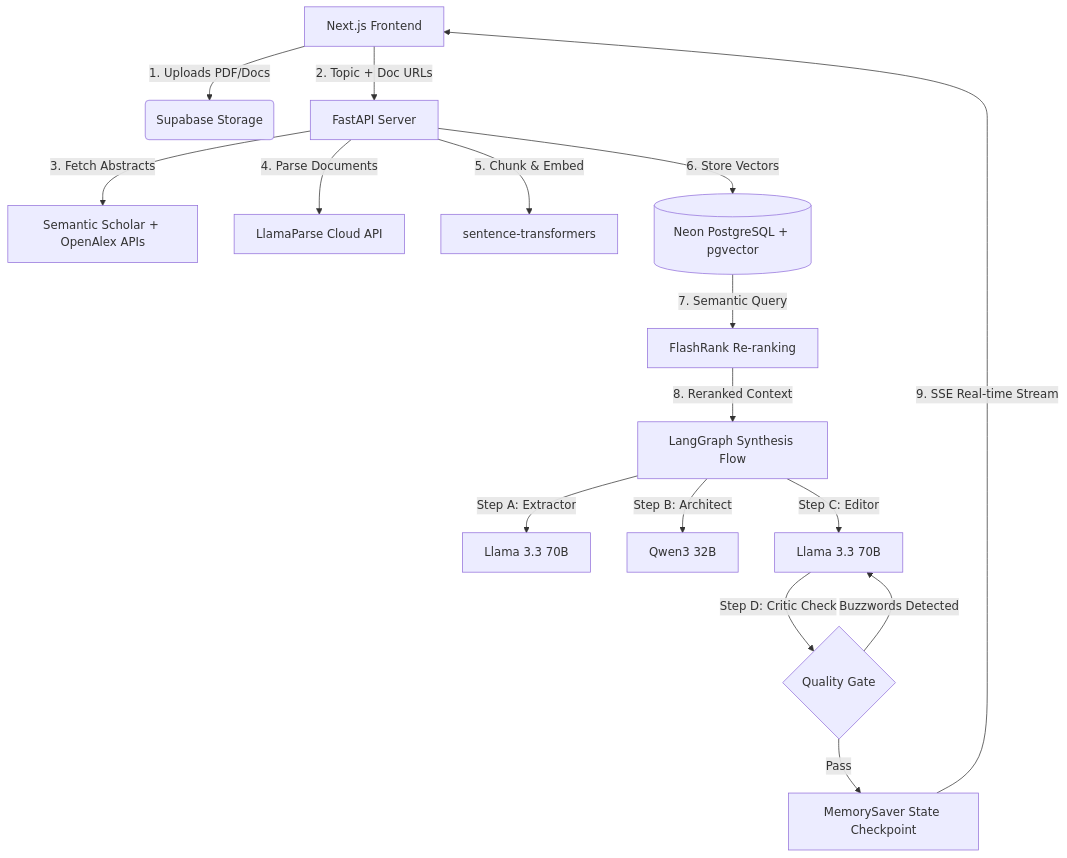
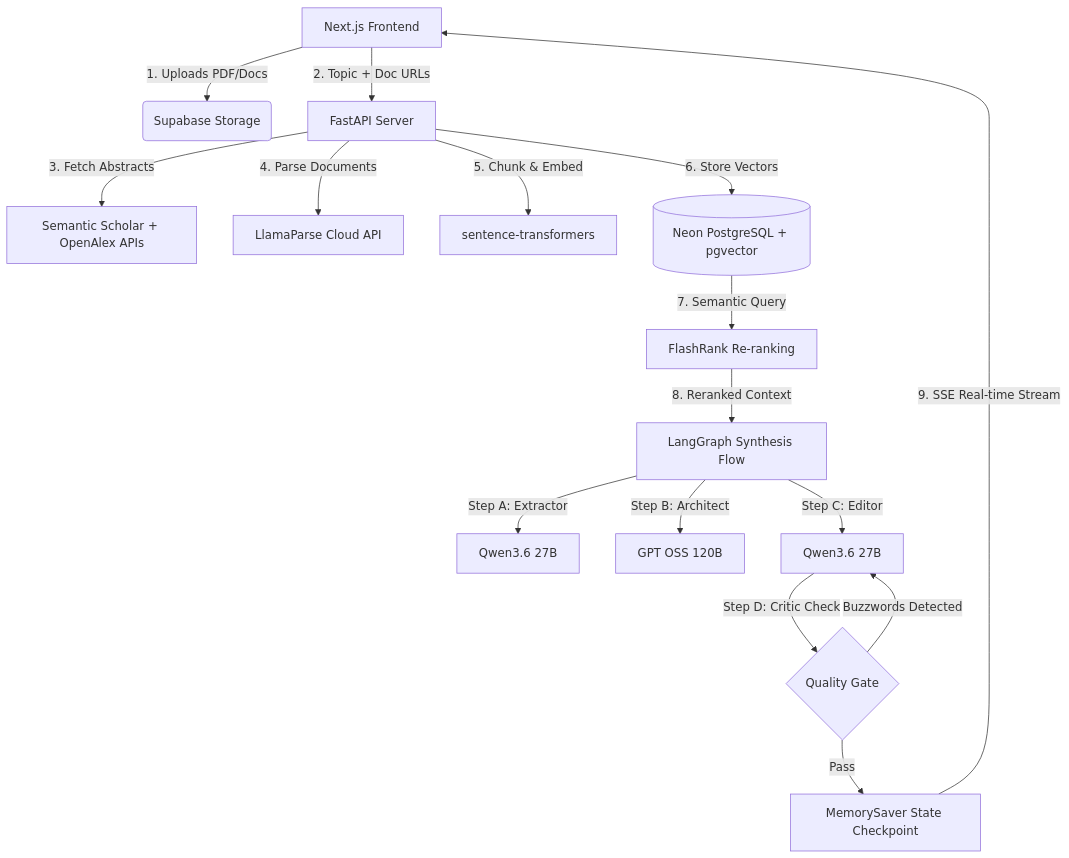
The first of 2 diagrams in README.md (Emmanuelayeni3000/Luminathesis_backend), drawn with Mermaid before and after one commit. The commit also changed other lines of this file and 1 other file, not shown here.

````diff
--- a/README.md
+++ b/README.md
@@ -24,18 +24,18 @@
 ```mermaid
 graph TD
   A[Next.js Frontend] -->|1. Uploads PDF/Docs| B(Supabase Storage)
   A -->|2. Topic + Doc URLs| C[FastAPI Server]
   C -->|3. Fetch Abstracts| D[Semantic Scholar + OpenAlex APIs]
   C -->|4. Parse Documents| E[LlamaParse Cloud API]
   C -->|5. Chunk & Embed| F[sentence-transformers]
   C -->|6. Store Vectors| G[(Neon PostgreSQL + pgvector)]
   G -->|7. Semantic Query| H[FlashRank Re-ranking]
   H -->|8. Reranked Context| I[LangGraph Synthesis Flow]
-  I -->|Step A: Extractor| J[Llama 3.3 70B]
-  I -->|Step B: Architect| K[Qwen3 32B]
-  I -->|Step C: Editor| L[Llama 3.3 70B]
+  I -->|Step A: Extractor| J[Qwen3.6 27B]
+  I -->|Step B: Architect| K[GPT OSS 120B]
+  I -->|Step C: Editor| L[Qwen3.6 27B]
   L -->|Step D: Critic Check| M{Quality Gate}
   M -->|Buzzwords Detected| L
   M -->|Pass| N[MemorySaver State Checkpoint]
   N -->|9. SSE Real-time Stream| A
 ```
````
